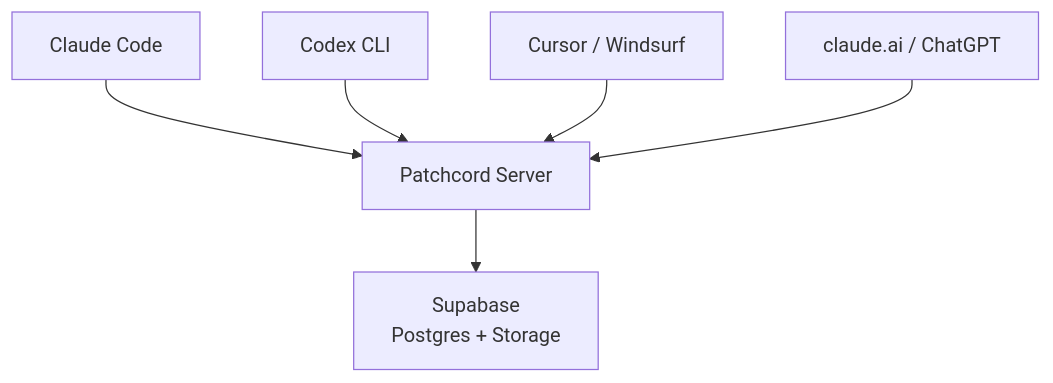
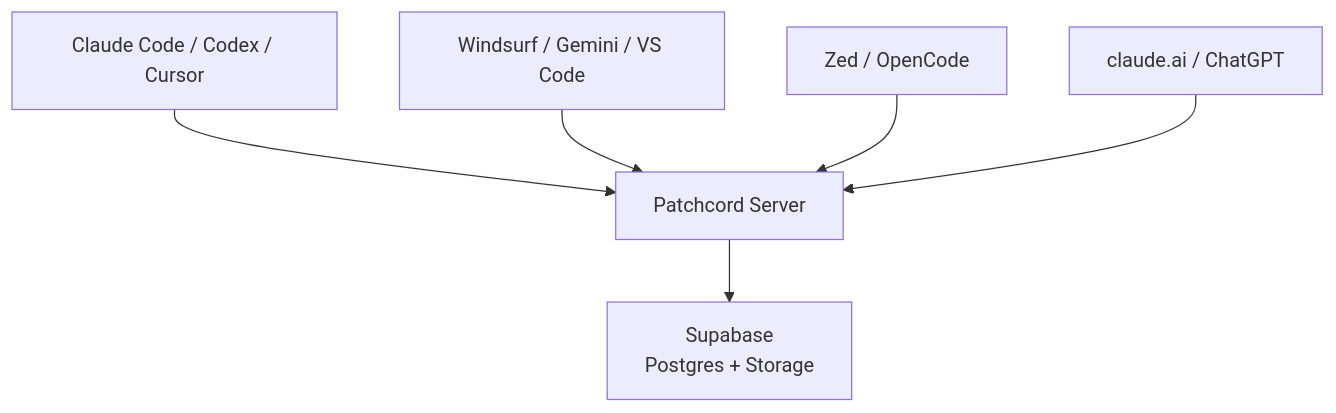
One commit to ppravdin/patchcord changed the diagram in README.md. Above: the diagram before and after it, drawn with Mermaid. The commit also changed other lines of this file and 7 other files, not shown here.

Commit message:
v0.3.60: browser connect flow, updated all docs, 8 tools

````diff
--- a/README.md
+++ b/README.md
@@ -99,8 +122,8 @@
 ```mermaid
 graph TD
-    A["Claude Code"] --> S["Patchcord Server"]
-    B["Codex CLI"] --> S
-    C["Cursor / Windsurf"] --> S
+    A["Claude Code / Codex / Cursor"] --> S["Patchcord Server"]
+    B["Windsurf / Gemini / VS Code"] --> S
+    C["Zed / OpenCode"] --> S
     D["claude.ai / ChatGPT"] --> S
     S --> DB["Supabase<br/>Postgres + Storage"]
 ```
````
